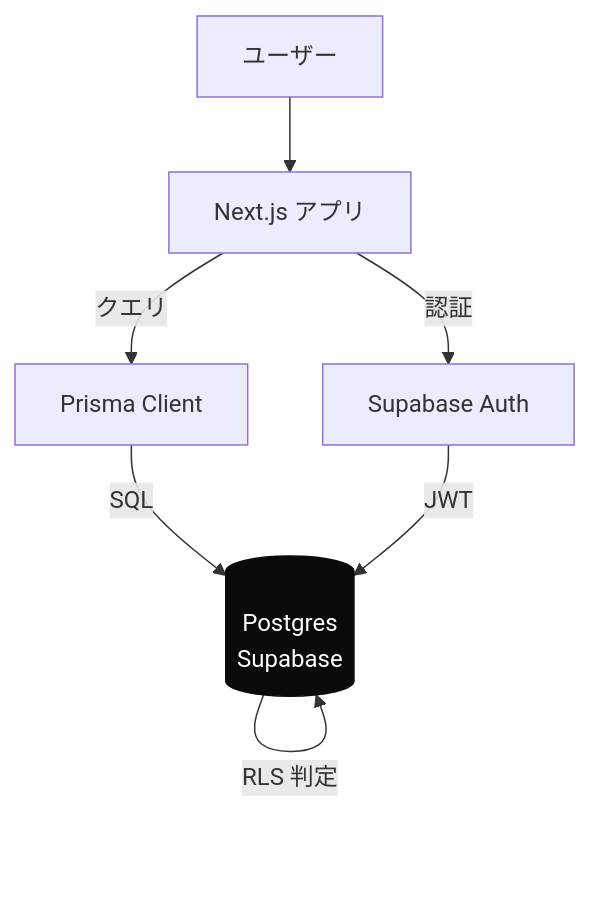
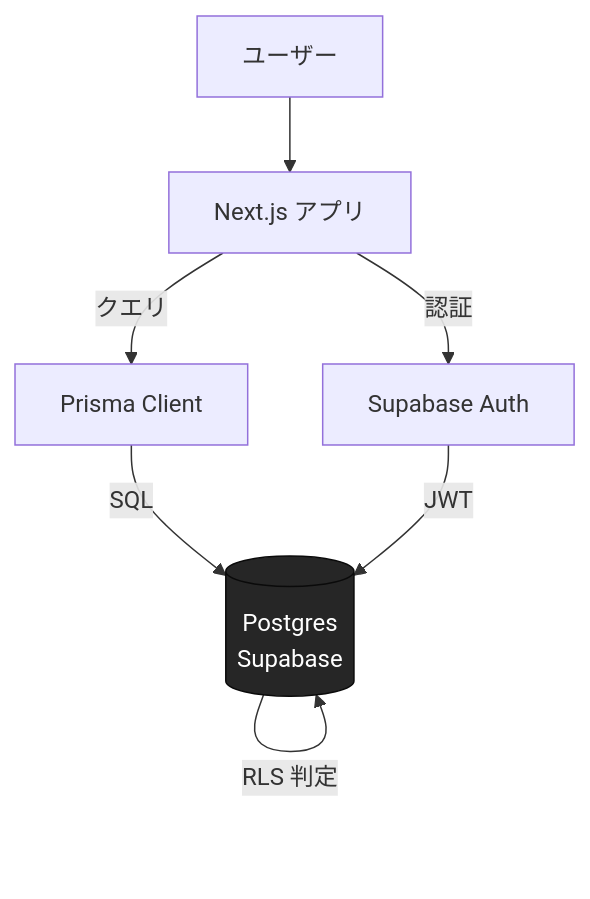
One commit to dinekt/dinekt-wiki changed the first of 2 diagrams in docs/case-studies/nextjs-supabase-prisma-併用時の認証と-rls-の扱い方.md. Above: the diagram before and after it, drawn with Mermaid. The commit also changed other lines of this file and 71 other files, not shown here.

First line of the commit message:
fix: mermaid readability + remove GitHub repo toolbar

````diff
--- a/docs/case-studies/nextjs-supabase-prisma-併用時の認証と-rls-の扱い方.md
+++ b/docs/case-studies/nextjs-supabase-prisma-併用時の認証と-rls-の扱い方.md
@@ -25,11 +25,11 @@
 ```mermaid
 flowchart TD
     U[ユーザー] --> N[Next.js アプリ]
     N -->|認証| SA[Supabase Auth]
     N -->|クエリ| P[Prisma Client]
     P -->|SQL| DB[(Postgres<br/>Supabase)]
     SA -->|JWT| DB
     DB -->|RLS 判定| DB
 
-    style DB fill:#0a0a0a,color:#fff,stroke:#0a0a0a
+    style DB fill:#262626,color:#fff,stroke:#0a0a0a
 ```
````
